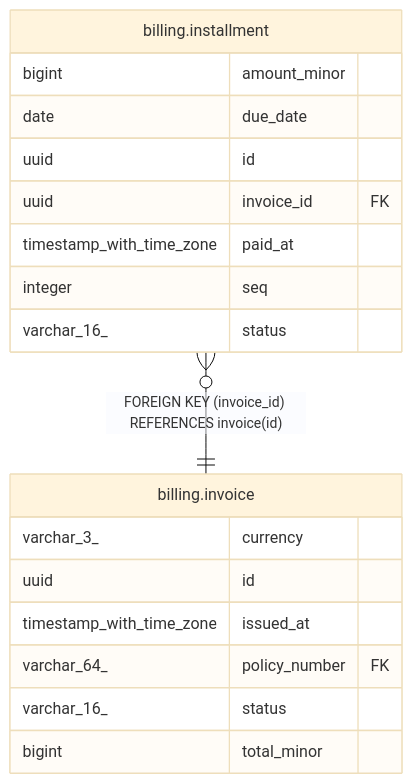
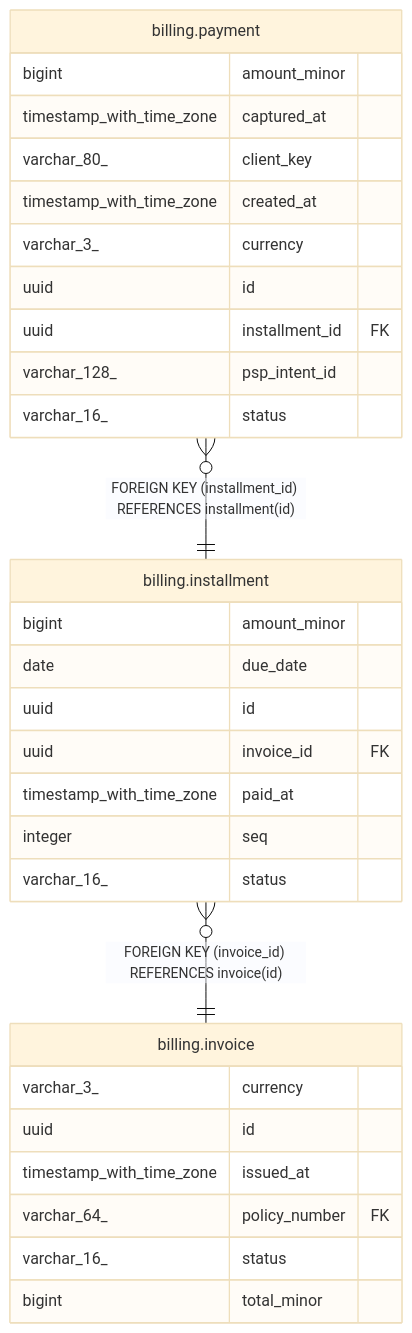
One commit to andrelair-platform/ktayl-core changed the diagram in docs/data-model/billing.installment.md. Above: the diagram before and after it, drawn with Mermaid (base theme). The commit also changed other lines of this file and 28 other files, not shown here.

First line of the commit message:
feat(billing): BILL-013 Stripe payment — initiate + webhook capture (dormant until keys) (#45)

````diff
--- a/docs/data-model/billing.installment.md
+++ b/docs/data-model/billing.installment.md
@@ -34,23 +34,35 @@
 ```mermaid
 erDiagram
 
+"billing.payment" }o--|| "billing.installment" : "FOREIGN KEY (installment_id) REFERENCES installment(id)"
 "billing.installment" }o--|| "billing.invoice" : "FOREIGN KEY (invoice_id) REFERENCES invoice(id)"
 
 "billing.installment" {
   bigint amount_minor
   date due_date
   uuid id
   uuid invoice_id FK
   timestamp_with_time_zone paid_at
   integer seq
   varchar_16_ status
 }
+"billing.payment" {
+  bigint amount_minor
+  timestamp_with_time_zone captured_at
+  varchar_80_ client_key
+  timestamp_with_time_zone created_at
+  varchar_3_ currency
+  uuid id
+  uuid installment_id FK
+  varchar_128_ psp_intent_id
+  varchar_16_ status
+}
 "billing.invoice" {
   varchar_3_ currency
   uuid id
   timestamp_with_time_zone issued_at
   varchar_64_ policy_number FK
   varchar_16_ status
   bigint total_minor
 }
 ```
````
